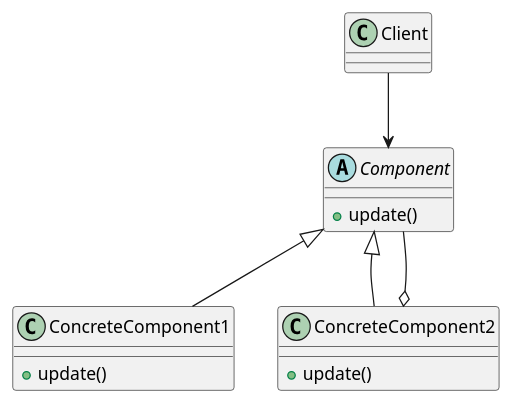
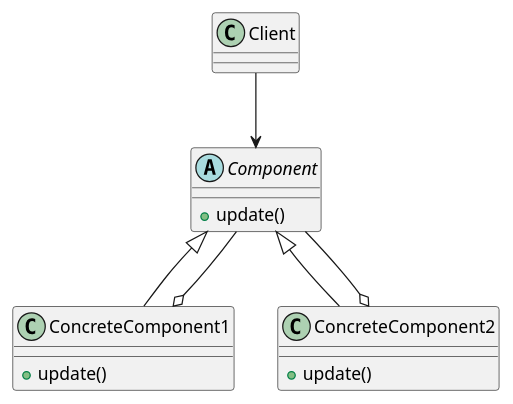
Before and after one commit to 2DGD-F0TH/2DGD_F0TH: the diagram in raw_resources/images/patterns_containers/class_component.puml, drawn with PlantUML. The commit also changed 1 other file, not shown here.

Commit message:
Renewed component diagram

```diff
--- a/raw_resources/images/patterns_containers/class_component.puml
+++ b/raw_resources/images/patterns_containers/class_component.puml
@@ -1,22 +1,23 @@
 @startuml
 
 class Client
 
 abstract class Component{
     + update()
 }
 
 class ConcreteComponent1{
     + update()
 }
 
 class ConcreteComponent2{
     + update()
 }
 
 Client --> Component
 Component <|-- ConcreteComponent1
 Component <|-- ConcreteComponent2
 ConcreteComponent2 o-- Component
+ConcreteComponent1 o-- Component
 
 @enduml
```
